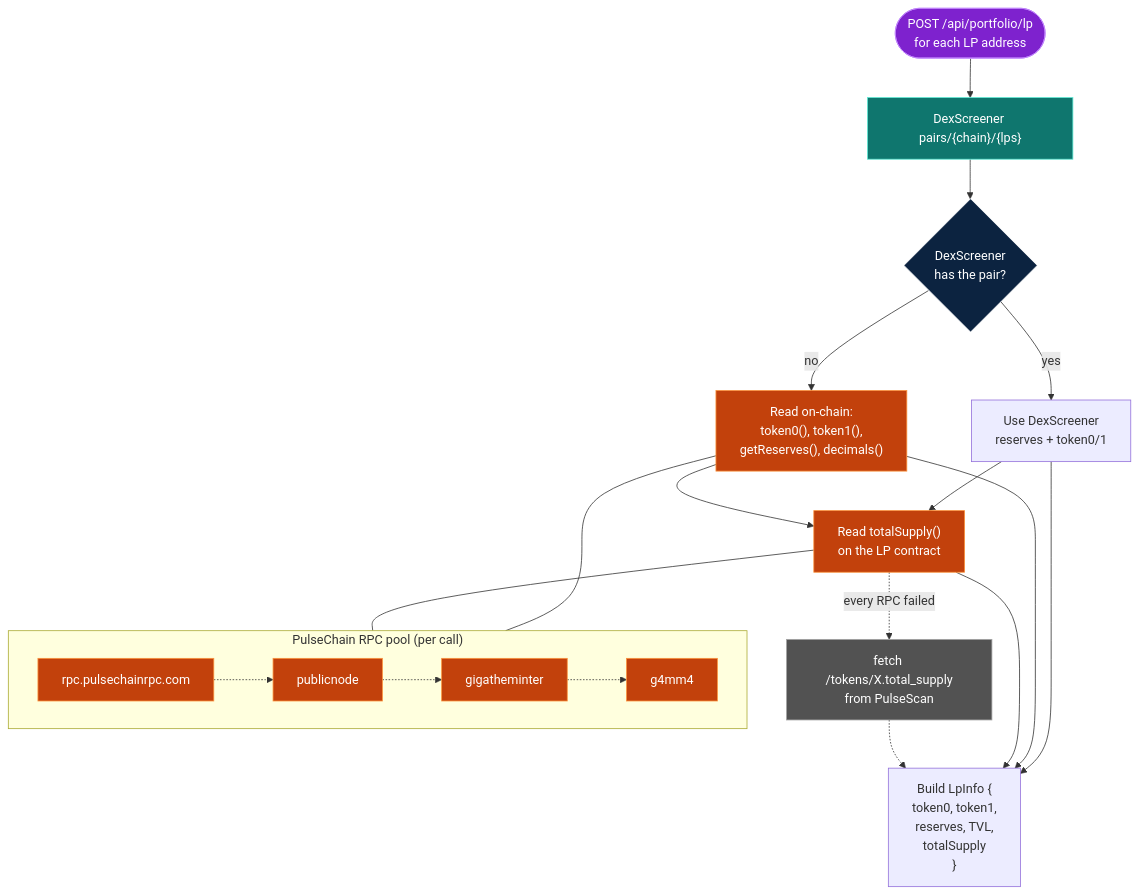
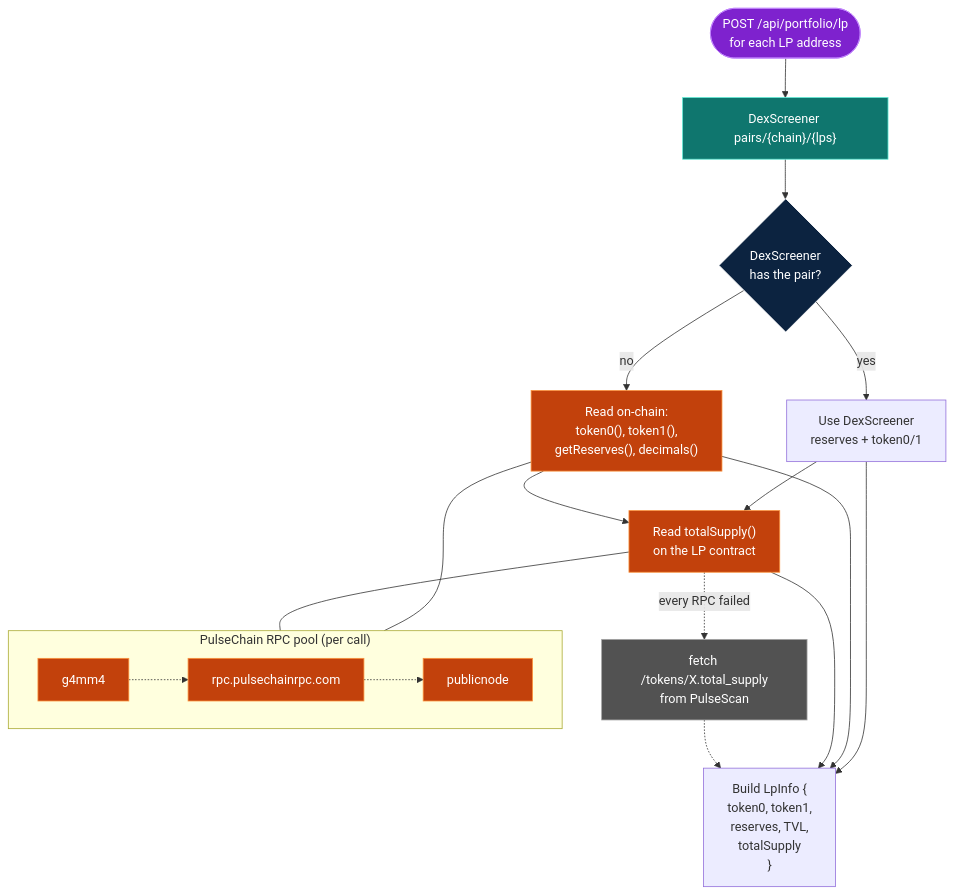
One commit to InVisionCRM/PulseChainAI.com changed the third of 4 diagrams in docs/PORTFOLIO_FETCH_GRAPH.md. Above: the diagram before and after it, drawn with Mermaid. The commit also changed other lines of this file and 8 other files, not shown here.

First line of the commit message:
RPC: drop dead gigatheminter and degenprotocol, g4mm4 first everywhere

````diff
--- a/docs/PORTFOLIO_FETCH_GRAPH.md
+++ b/docs/PORTFOLIO_FETCH_GRAPH.md
@@ -158,39 +157,38 @@
 ```mermaid
 flowchart TB
     classDef route fill:#7e22ce,stroke:#c084fc,color:#fff
     classDef rpc fill:#c2410c,stroke:#fb923c,color:#fff
     classDef dex fill:#0f766e,stroke:#5eead4,color:#fff
     classDef explorer fill:#525252,stroke:#a3a3a3,color:#fff
     classDef decision fill:#0c2340,stroke:#fff,color:#fff
 
     Start(["POST /api/portfolio/lp<br/>for each LP address"]):::route
 
     Pairs["DexScreener pairs/{chain}/{lps}"]:::dex
     HasPair{"DexScreener<br/>has the pair?"}:::decision
     UseDexReserves["Use DexScreener<br/>reserves + token0/1"]
     OnChainState["Read on-chain:<br/>token0(), token1(),<br/>getReserves(), decimals()"]:::rpc
     TotalSupply["Read totalSupply()<br/>on the LP contract"]:::rpc
     TSFallback["fetch /tokens/X.total_supply<br/>from PulseScan"]:::explorer
     Build["Build LpInfo {<br/>  token0, token1,<br/>  reserves, TVL,<br/>  totalSupply<br/>}"]
 
     Start --> Pairs --> HasPair
     HasPair -->|yes| UseDexReserves --> TotalSupply
     HasPair -->|no| OnChainState --> TotalSupply
     TotalSupply -.->|every RPC failed| TSFallback
     UseDexReserves --> Build
     OnChainState --> Build
     TotalSupply --> Build
     TSFallback -.-> Build
 
     subgraph RpcPool["PulseChain RPC pool (per call)"]
       direction LR
-      Try1["rpc.pulsechainrpc.com"]:::rpc
-      Try2["publicnode"]:::rpc
-      Try3["gigatheminter"]:::rpc
-      Try4["g4mm4"]:::rpc
-      Try1 -.-> Try2 -.-> Try3 -.-> Try4
+      Try1["g4mm4"]:::rpc
+      Try2["rpc.pulsechainrpc.com"]:::rpc
+      Try3["publicnode"]:::rpc
+      Try1 -.-> Try2 -.-> Try3
     end
 
     OnChainState --- RpcPool
     TotalSupply --- RpcPool
 ```
````
